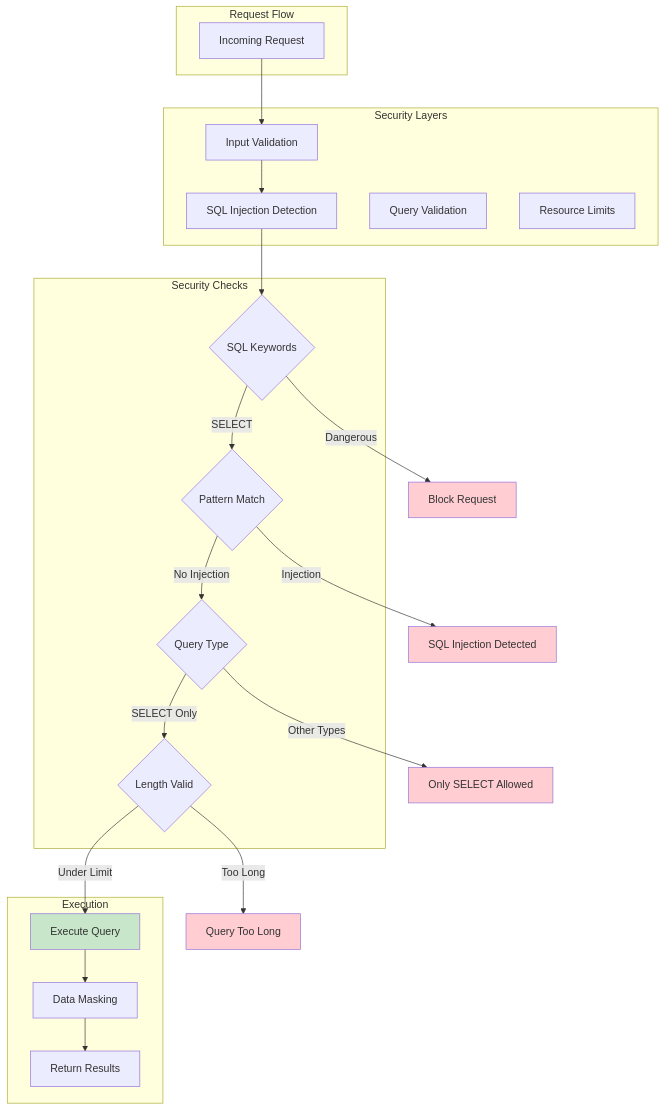
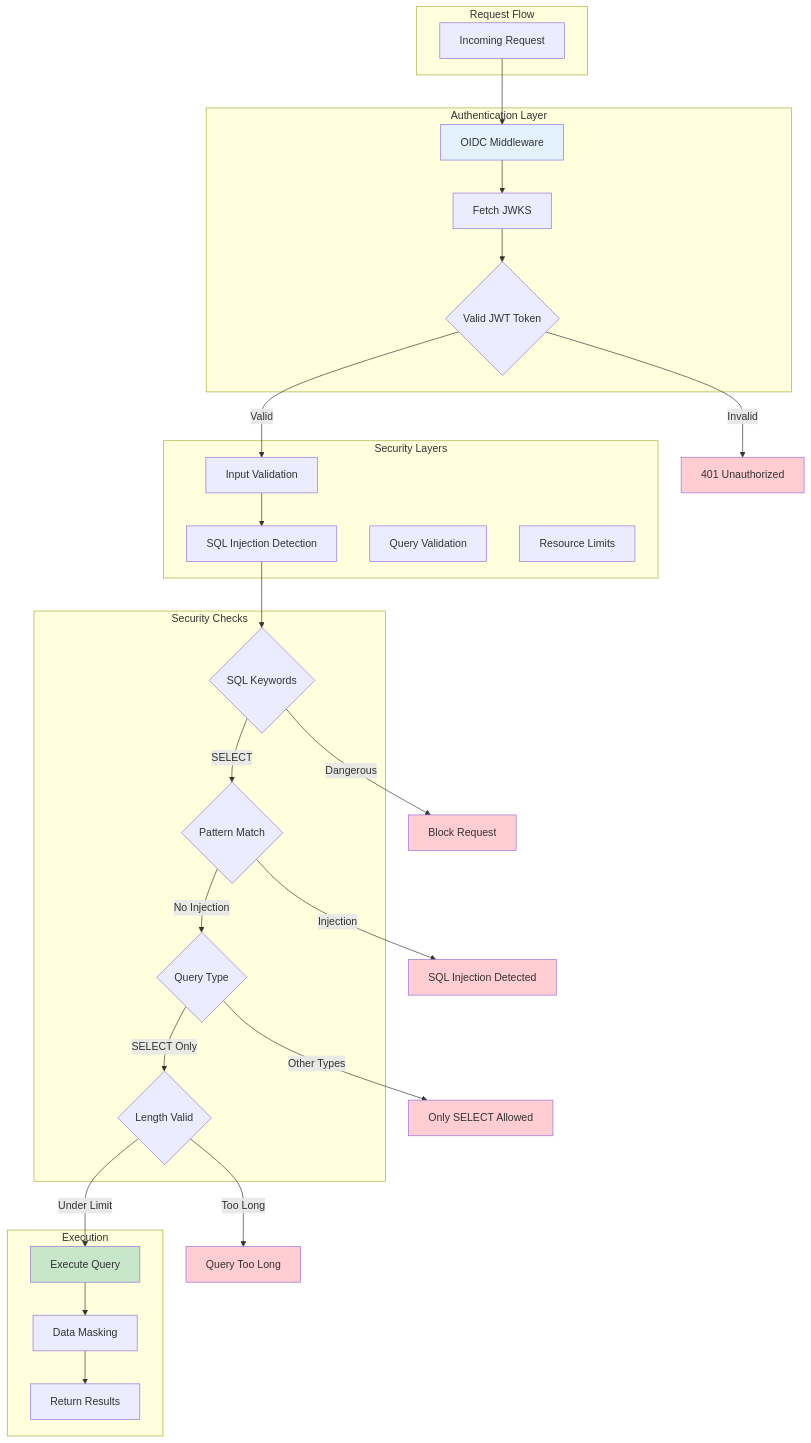
Before and after one commit to konflux-ci/konflux-devlake-mcp: the diagram in docs/security-architecture.mmd, drawn with Mermaid. The commit also changed 14 other files, not shown here.

Commit message:
feat: inital SSO access_token auth implementation

```diff
--- a/docs/security-architecture.mmd
+++ b/docs/security-architecture.mmd
@@ -1,44 +1,56 @@
 graph TB
     subgraph "Request Flow"
         REQ[Incoming Request]
+    end
+
+    subgraph "Authentication Layer"
+        AUTH[OIDC Middleware]
+        JWT{Valid JWT Token}
+        JWKS[Fetch JWKS]
     end
 
     subgraph "Security Layers"
         L1[Input Validation]
         L2[SQL Injection Detection]
         L3[Query Validation]
         L4[Resource Limits]
     end
 
     subgraph "Security Checks"
         CHECK1{SQL Keywords}
         CHECK2{Pattern Match}
         CHECK3{Query Type}
         CHECK4{Length Valid}
     end
 
     subgraph "Execution"
         EXEC[Execute Query]
         MASK[Data Masking]
         RETURN[Return Results]
     end
 
-    REQ --> L1
+    REQ --> AUTH
+    AUTH --> JWKS
+    JWKS --> JWT
+    JWT -->|Valid| L1
+    JWT -->|Invalid| BLOCK0[401 Unauthorized]
     L1 --> L2
     L2 --> CHECK1
     CHECK1 -->|SELECT| CHECK2
     CHECK1 -->|Dangerous| BLOCK1[Block Request]
     CHECK2 -->|No Injection| CHECK3
     CHECK2 -->|Injection| BLOCK2[SQL Injection Detected]
     CHECK3 -->|SELECT Only| CHECK4
     CHECK3 -->|Other Types| BLOCK3[Only SELECT Allowed]
     CHECK4 -->|Under Limit| EXEC
     CHECK4 -->|Too Long| BLOCK4[Query Too Long]
     EXEC --> MASK
     MASK --> RETURN
 
+    style BLOCK0 fill:#ffcdd2
     style BLOCK1 fill:#ffcdd2
     style BLOCK2 fill:#ffcdd2
     style BLOCK3 fill:#ffcdd2
     style BLOCK4 fill:#ffcdd2
     style EXEC fill:#c8e6c9
+    style AUTH fill:#e3f2fd
```
